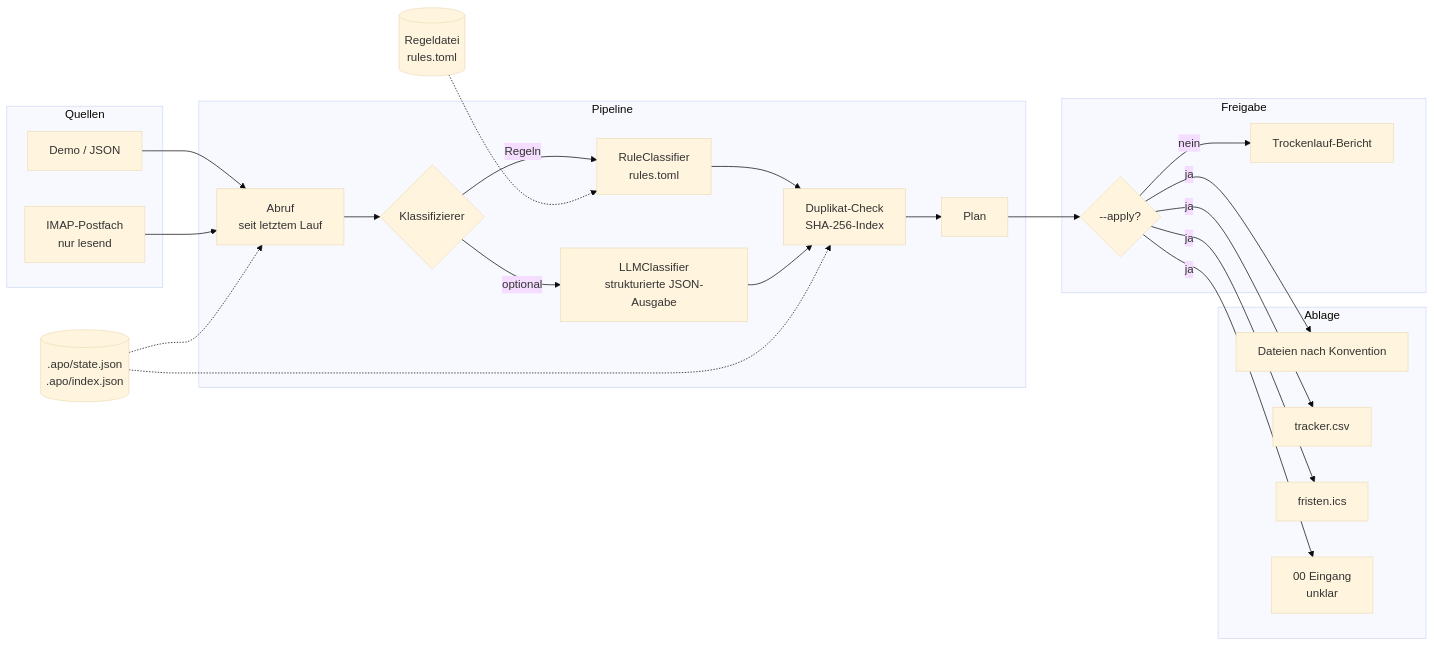
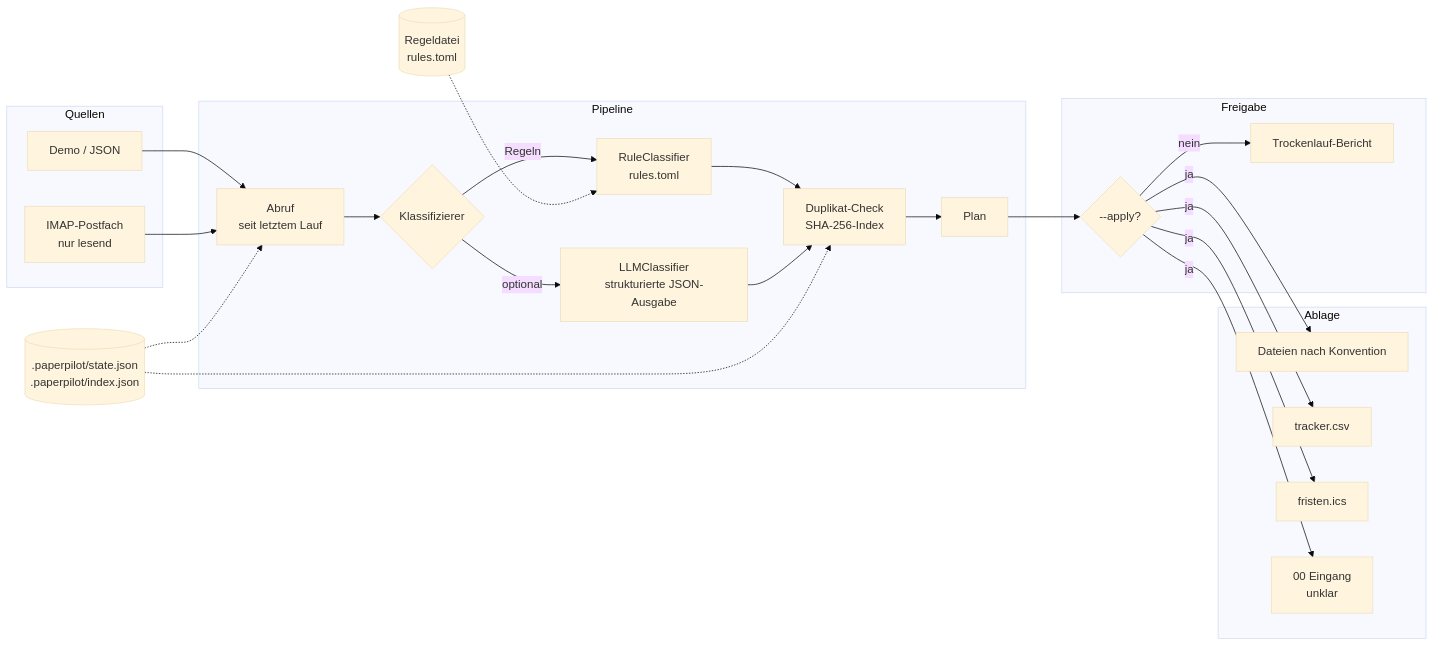
The diagram in README.md (trais92/paperpilot), drawn with Mermaid (base theme) before and after one commit. The commit also changed other lines of this file and 23 other files, not shown here.

````diff
--- a/README.md
+++ b/README.md
@@ -66,30 +66,30 @@
 ```mermaid
 flowchart LR
     subgraph Quellen
         J[Demo / JSON]
         I[IMAP-Postfach<br/>nur lesend]
     end
     subgraph Pipeline
         F[Abruf<br/>seit letztem Lauf] --> C{Klassifizierer}
         C -->|Regeln| R[RuleClassifier<br/>rules.toml]
         C -->|optional| L[LLMClassifier<br/>strukturierte JSON-Ausgabe]
         R --> D[Duplikat-Check<br/>SHA-256-Index]
         L --> D
         D --> P[Plan]
     end
     subgraph Freigabe
         P --> H{--apply?}
         H -->|nein| T[Trockenlauf-Bericht]
     end
     subgraph Ablage
         H -->|ja| A[Dateien nach Konvention]
         H -->|ja| K[tracker.csv]
         H -->|ja| X[fristen.ics]
         H -->|ja| E[00 Eingang<br/>unklar]
     end
     J --> F
     I --> F
     M[(Regeldatei<br/>rules.toml)] -.-> R
-    S[(.apo/state.json<br/>.apo/index.json)] -.-> F
+    S[(.paperpilot/state.json<br/>.paperpilot/index.json)] -.-> F
     S -.-> D
 ```
````
